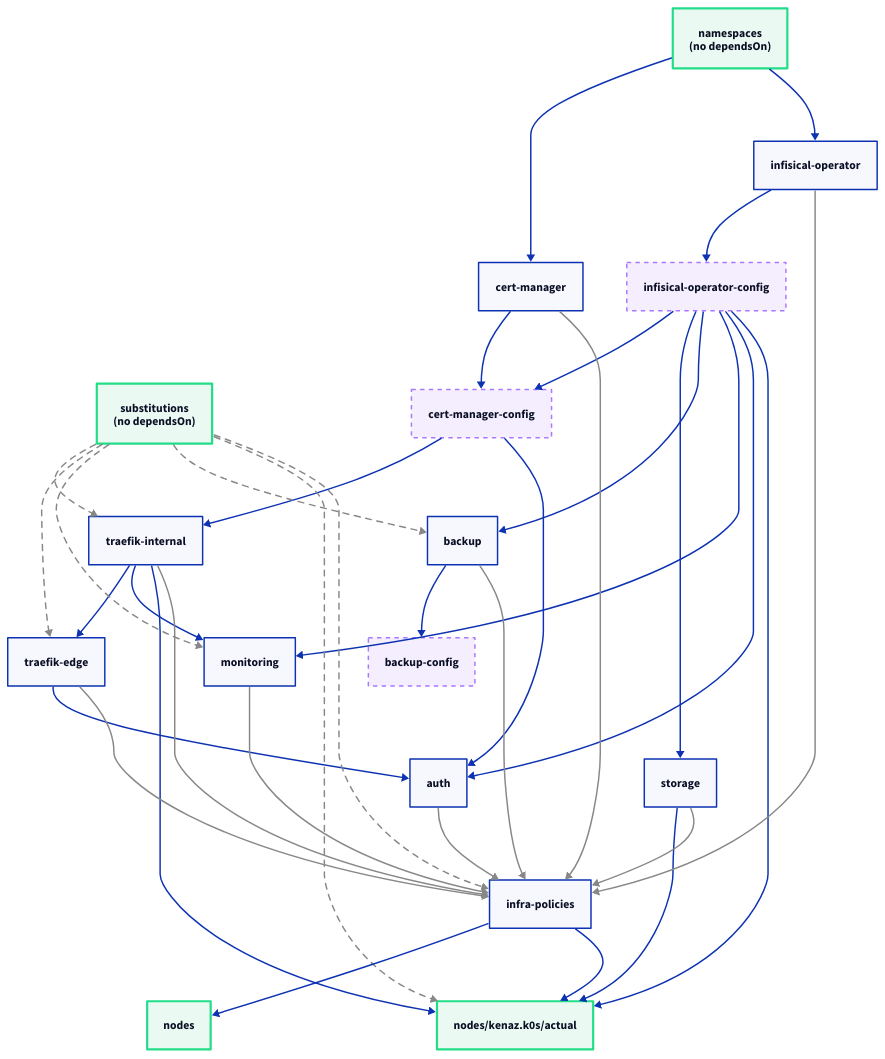
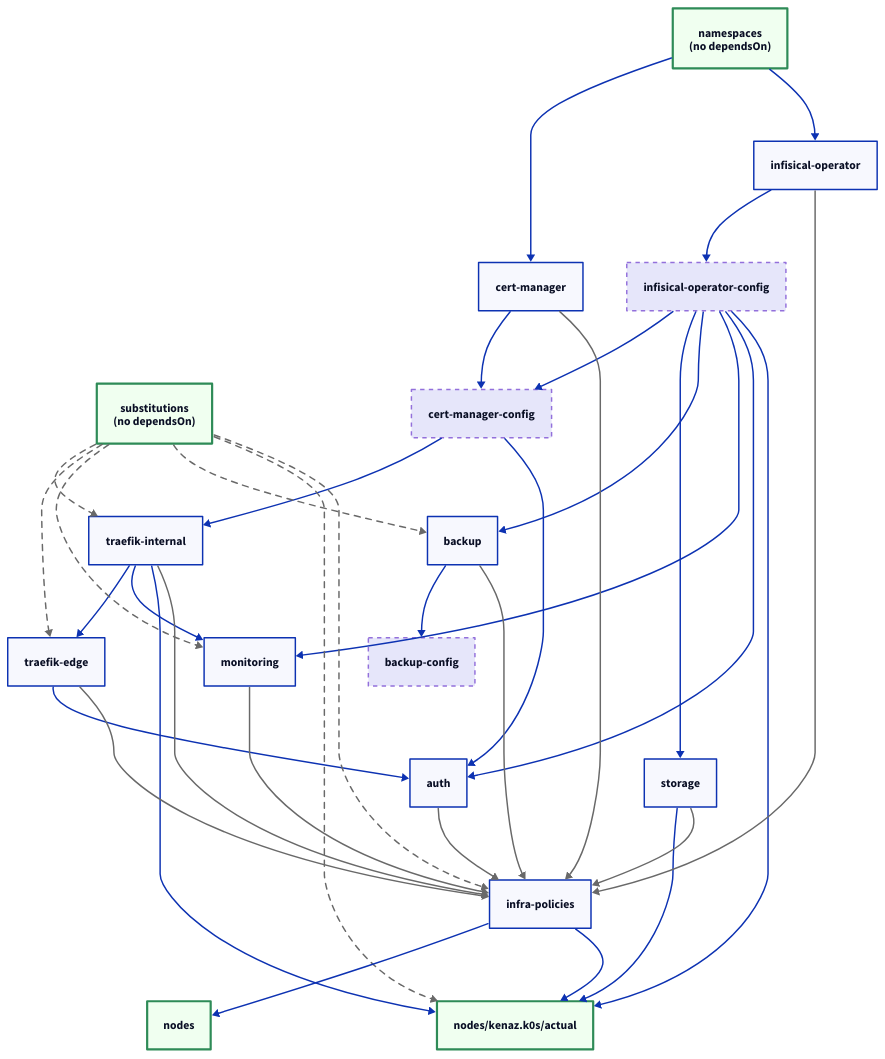
The diagram in docs/src/conventions/ordering.md (brewcoua/futhark), drawn with D2 before and after one commit. The commit also changed 9 other files, not shown here.

First line of the commit message:
docs: give every diagram a named role palette

```diff
--- a/docs/src/conventions/ordering.md
+++ b/docs/src/conventions/ordering.md
@@ -28,25 +28,25 @@
   boundary: {
     style: {
       stroke-width: 3
-      stroke: "#2d8"
-      fill: "#eafaf2"
+      stroke: seagreen
+      fill: honeydew
     }
   }
   config: {
     style: {
       stroke-dash: 3
-      stroke: "#a7f"
-      fill: "#f5eefe"
+      stroke: mediumpurple
+      fill: lavender
     }
   }
   presence: {
     style: {
-      stroke: "#888"
+      stroke: dimgray
       stroke-dash: 4
     }
   }
   bulk: {
-    style.stroke: "#888"
+    style.stroke: dimgray
   }
 }
 
```
